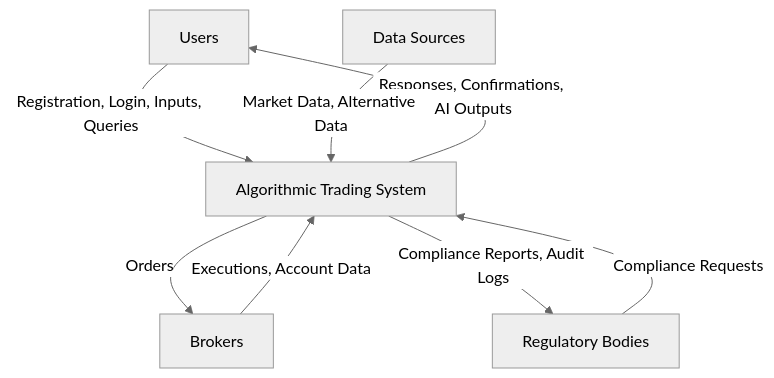
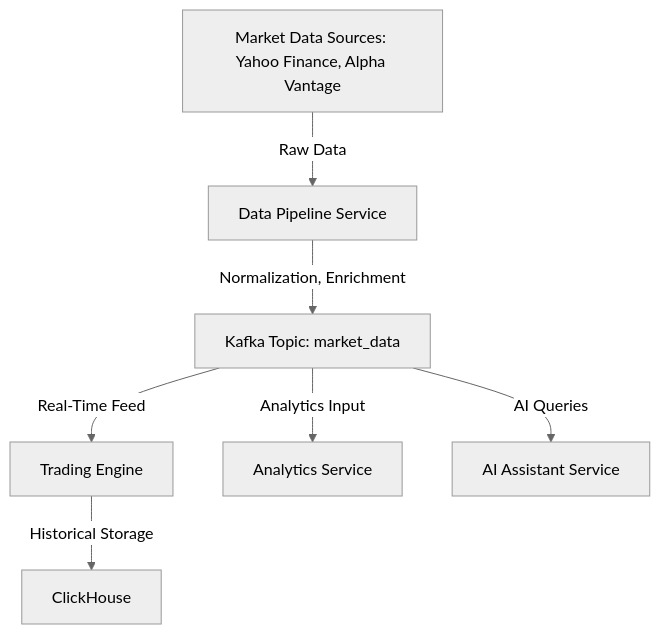
Before and after one commit to vincentspereira/Algorithmic-Trading-System: the second of 7 diagrams in docs/12. Data Flow Document - Algorithmic Trading System.markdown, drawn with Mermaid (neutral theme). The commit also changed other lines of this file and 40 other files, not shown here.

````diff
--- a/docs/12. Data Flow Document - Algorithmic Trading System.markdown
+++ b/docs/12. Data Flow Document - Algorithmic Trading System.markdown
@@ -81,10 +119,9 @@
 ```mermaid
 graph TD
-    U[Users] -->|Registration, Login, Inputs, Queries| S[Algorithmic Trading System]
-    S -->|Responses, Confirmations, AI Outputs| U
-    B[Brokers] -->|Executions, Account Data| S
-    S -->|Orders| B
-    D[Data Sources] -->|Market Data, Alternative Data| S
-    S -->|Compliance Reports, Audit Logs| R[Regulatory Bodies]
-    R -->|Compliance Requests| S
+    A[Market Data Sources: Yahoo Finance, Alpha Vantage] -->|Raw Data| B[Data Pipeline Service]
+    B -->|Normalization, Enrichment| C[Kafka Topic: market_data]
+    C -->|Real-Time Feed| D[Trading Engine]
+    C -->|Analytics Input| E[Analytics Service]
+    C -->|AI Queries| F[AI Assistant Service]
+    D -->|Historical Storage| G[ClickHouse]
 ```
````
